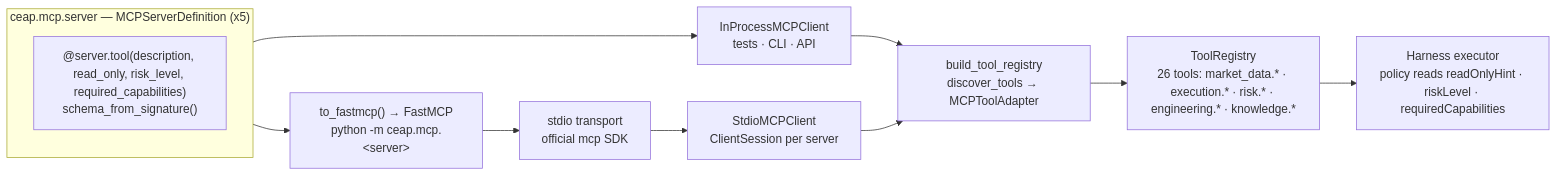
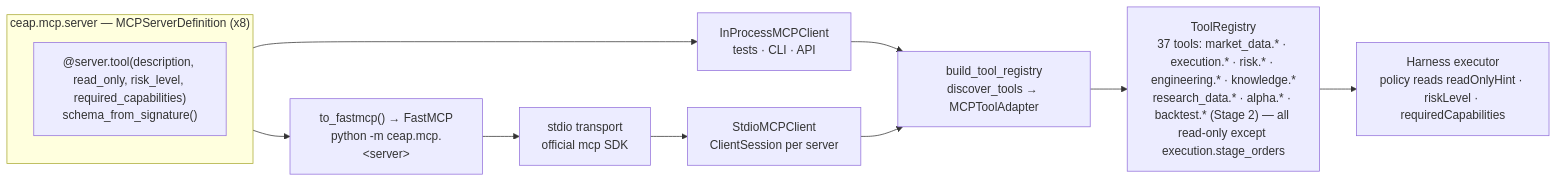
One commit to AshJha0/AgenticAICashEquities changed the fifth of 9 diagrams in docs/DIAGRAMS.md. Above: the diagram before and after it, drawn with Mermaid. The commit also changed 11 other files, not shown here.

````diff
--- a/docs/DIAGRAMS.md
+++ b/docs/DIAGRAMS.md
@@ -167,13 +167,13 @@
 ```mermaid
 flowchart LR
-    subgraph DEF["ceap.mcp.server — MCPServerDefinition (x5)"]
+    subgraph DEF["ceap.mcp.server — MCPServerDefinition (x8)"]
         T["@server.tool(description, read_only, risk_level, required_capabilities)<br/>schema_from_signature()"]
     end
     DEF --> IP["InProcessMCPClient<br/>tests · CLI · API"]
     DEF --> FM["to_fastmcp() → FastMCP<br/>python -m ceap.mcp.&lt;server&gt;"]
     FM --> STDIO["stdio transport<br/>official mcp SDK"]
     STDIO --> SC["StdioMCPClient<br/>ClientSession per server"]
     IP & SC --> DISC["build_tool_registry<br/>discover_tools → MCPToolAdapter"]
-    DISC --> REG["ToolRegistry<br/>26 tools: market_data.* · execution.* · risk.* · engineering.* · knowledge.*"]
+    DISC --> REG["ToolRegistry<br/>37 tools: market_data.* · execution.* · risk.* · engineering.* · knowledge.*<br/>research_data.* · alpha.* · backtest.* (Stage 2) — all read-only except execution.stage_orders"]
     REG --> HARN["Harness executor<br/>policy reads readOnlyHint · riskLevel · requiredCapabilities"]
 ```
````
